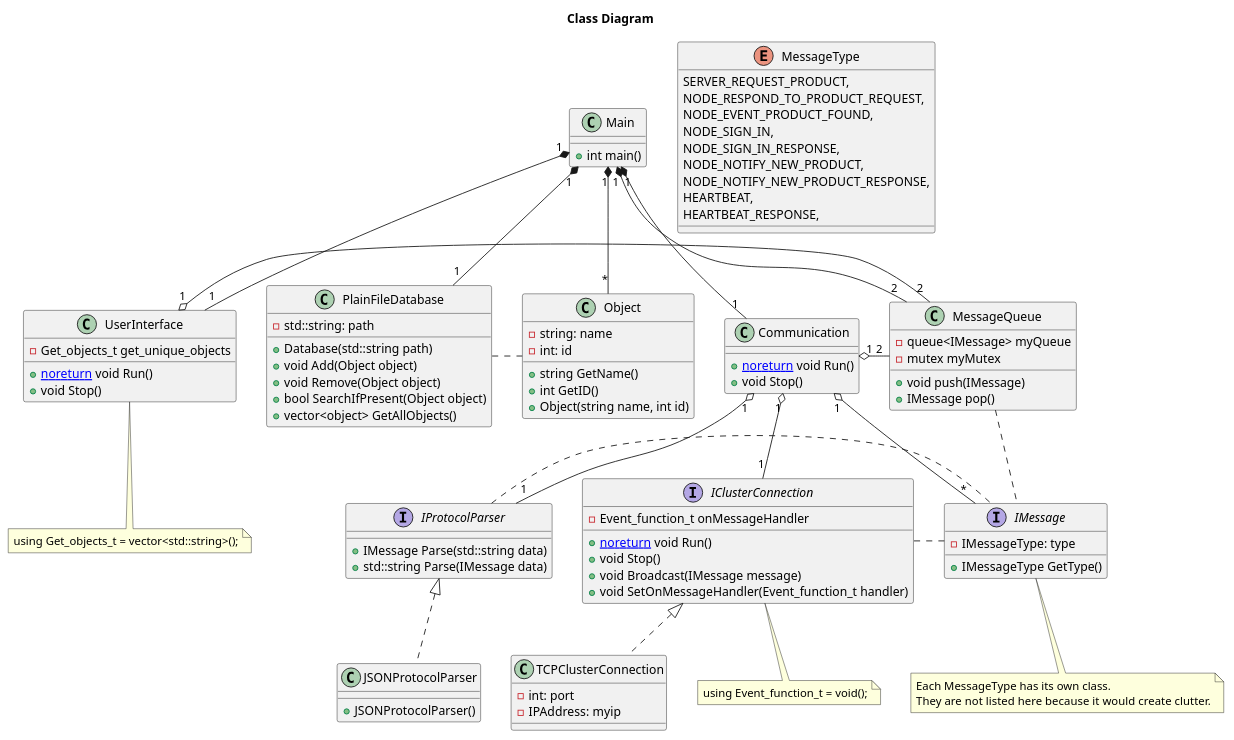
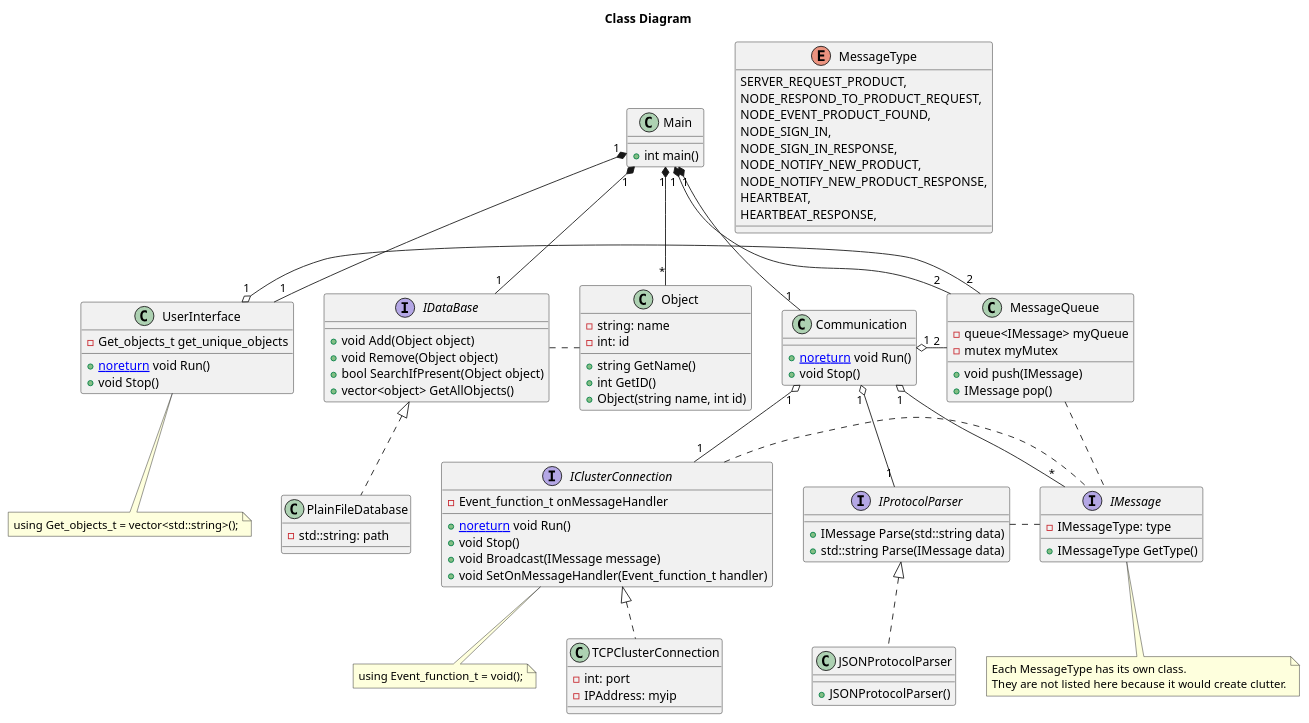
Before and after one commit to T3-FindIt/FindIt: the diagram in Designs/Server Design/Design.wsd, drawn with PlantUML.

Commit message:
Updated database structure based of feedback

```diff
--- a/Designs/Server Design/Design.wsd
+++ b/Designs/Server Design/Design.wsd
@@ -1,132 +1,136 @@
 @startuml ClassDiagram
 Title Class Diagram
 
 Class Communication
 {
     {method} + [[noreturn]] void Run()
     {method} + void Stop()
 }
 
 ' using Event_function_t = void();
 interface IClusterConnection
 {
     {field} - Event_function_t onMessageHandler
     {method} + [[noreturn]] void Run()
     {method} + void Stop()
     {method} + void Broadcast(IMessage message)
     ' {method} + void Send(IMessage message, IPAdress myip)
     {method} + void SetOnMessageHandler(Event_function_t handler)
 }
 
 note bottom of IClusterConnection
 using Event_function_t = void();
 end note
 
 class TCPClusterConnection
 {
     {field} - int: port
     {field} - IPAddress: myip
 }
 
-Class PlainFileDatabase
+interface IDataBase
 {
-    {field} - std::string: path
-    {method} + Database(std::string path)
     {method} + void Add(Object object)
     {method} + void Remove(Object object)
     {method} + bool SearchIfPresent(Object object)
     {method} + vector<object> GetAllObjects()
+}
+
+Class PlainFileDatabase
+{
+    {field} - std::string: path
 }
 
 Class Object
 {
     {field} - string: name
     {field} - int: id
     {method} + string GetName()
     {method} + int GetID()
     {method} + Object(string name, int id)
 }
 
 enum MessageType
 {
     SERVER_REQUEST_PRODUCT,
     NODE_RESPOND_TO_PRODUCT_REQUEST,
     NODE_EVENT_PRODUCT_FOUND,
     NODE_SIGN_IN,
     NODE_SIGN_IN_RESPONSE,
     NODE_NOTIFY_NEW_PRODUCT,
     NODE_NOTIFY_NEW_PRODUCT_RESPONSE,
     HEARTBEAT,
     HEARTBEAT_RESPONSE,
 }
 
 interface IMessage
 {
     {field} - IMessageType: type
     {method} + IMessageType GetType()
 }
 
 note bottom of IMessage
 Each MessageType has its own class.
 They are not listed here because it would create clutter.
 end note
 
 interface IProtocolParser
 {
     {method} + IMessage Parse(std::string data)
     {method} + std::string Parse(IMessage data)
 }
 
 Class JSONProtocolParser
 {
     {method} + JSONProtocolParser()
 }
 
 Class UserInterface
 {
     {field} - Get_objects_t get_unique_objects
     {method} + [[noreturn]] void Run()
     {method} + void Stop()
 }
 
 note bottom of UserInterface
 using Get_objects_t = vector<std::string>();
 end note
 
 Class Main
 {
     {method} + int main()
 }
 
 Class MessageQueue
 {
     {field} - queue<IMessage> myQueue
     {field} - mutex myMutex
     {method} + void push(IMessage)
     {method} + IMessage pop()
 }
 
 Main "1" *-- "1" UserInterface
 Main "1" *-- "*" Object
-Main "1" *-- "1" PlainFileDatabase
+Main "1" *-- "1" IDataBase
 Main "1" *-- "1" Communication
 Main "1" *-- "2" MessageQueue
 
 Communication "1" o-- "*" IMessage
 Communication "1" o-- "1" IProtocolParser
 Communication "1" o-- "1" IClusterConnection
 
 IProtocolParser <|.. JSONProtocolParser
 IProtocolParser . IMessage
 
 IClusterConnection <|.. TCPClusterConnection
 IClusterConnection . IMessage
 
-PlainFileDatabase . Object
+IDataBase . Object
+IDataBase <|.. PlainFileDatabase
 
 MessageQueue . IMessage
 
 UserInterface "1" o- "2" MessageQueue
 Communication "1" o- "2" MessageQueue
 
 @enduml
```
